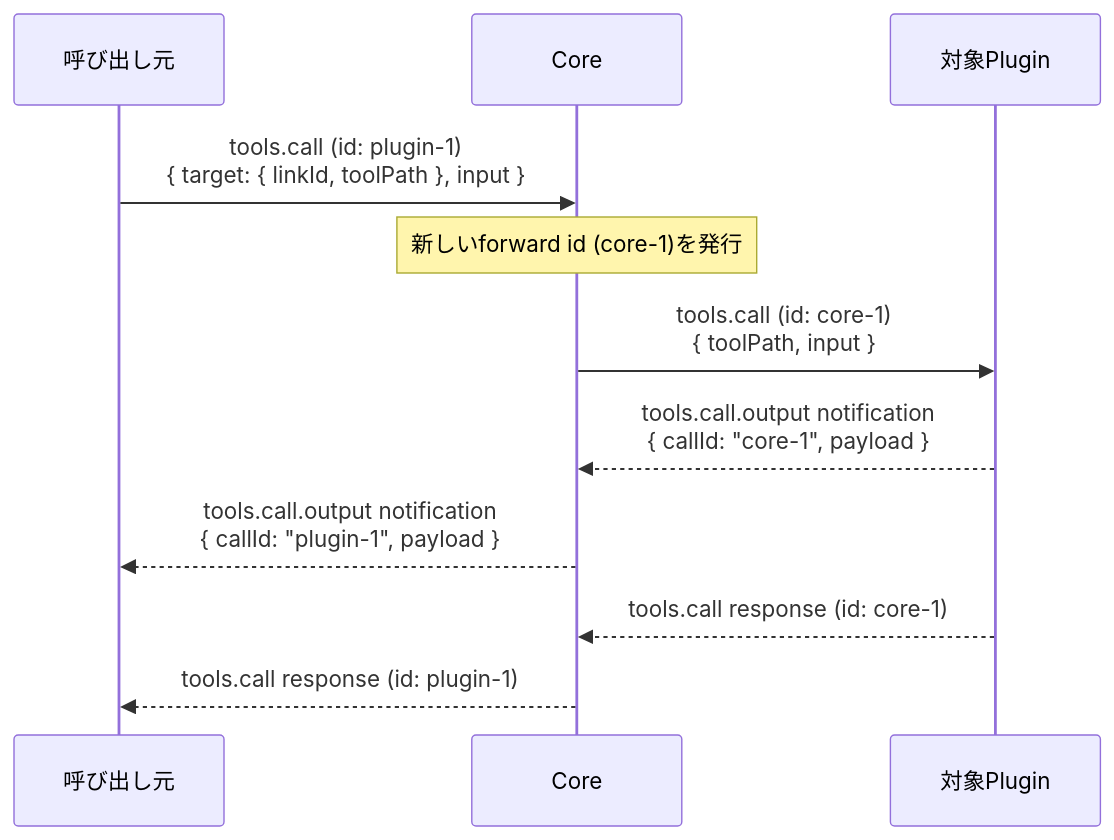
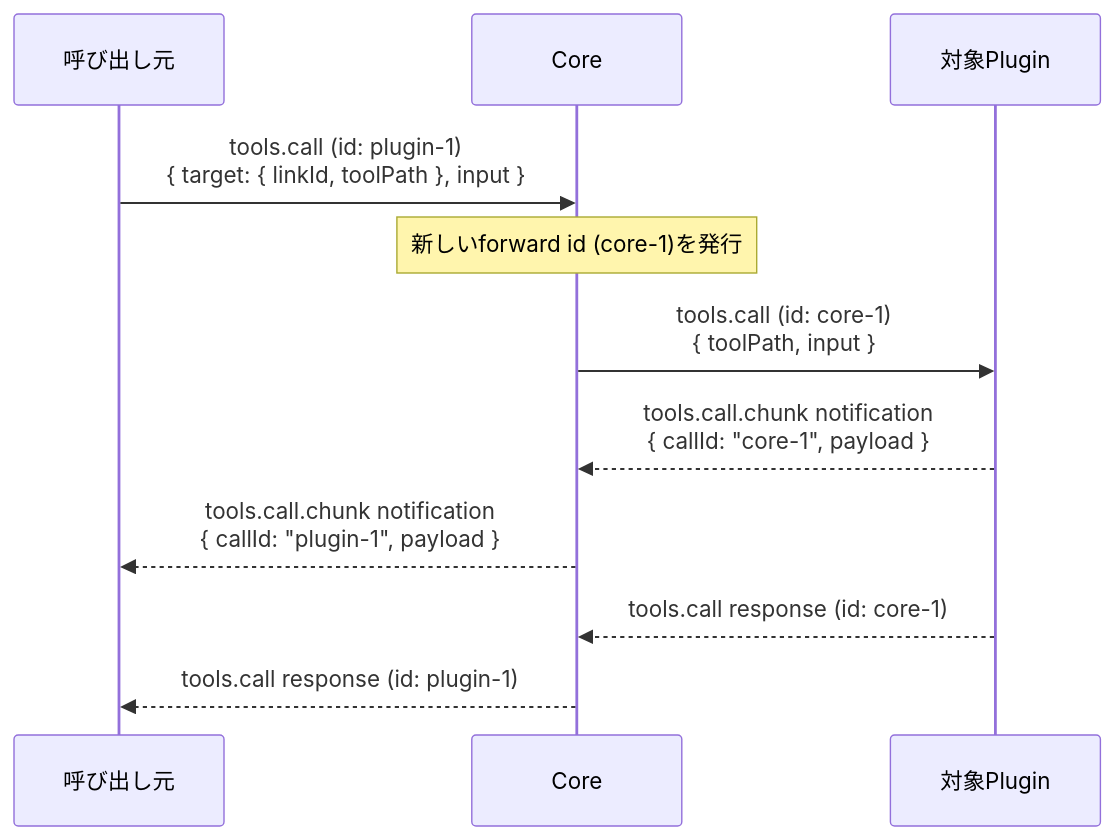
One commit to naatin777/plugumi changed the first of 2 diagrams in docs/contracts/00003-tool-call.md. Above: the diagram before and after it, drawn with Mermaid. The commit also changed other lines of this file and 78 other files, not shown here.

````diff
--- a/docs/contracts/00003-tool-call.md
+++ b/docs/contracts/00003-tool-call.md
@@ -55,14 +57,14 @@
 ```mermaid
 sequenceDiagram
     participant Caller as 呼び出し元
     participant Core
     participant Target as 対象Plugin
 
     Caller->>Core: tools.call (id: plugin-1)<br/>{ target: { linkId, toolPath }, input }
     Note over Core: 新しいforward id (core-1)を発行
     Core->>Target: tools.call (id: core-1)<br/>{ toolPath, input }
-    Target-->>Core: tools.call.output notification<br/>{ callId: "core-1", payload }
-    Core-->>Caller: tools.call.output notification<br/>{ callId: "plugin-1", payload }
+    Target-->>Core: tools.call.chunk notification<br/>{ callId: "core-1", payload }
+    Core-->>Caller: tools.call.chunk notification<br/>{ callId: "plugin-1", payload }
     Target-->>Core: tools.call response (id: core-1)
     Core-->>Caller: tools.call response (id: plugin-1)
 ```
````
